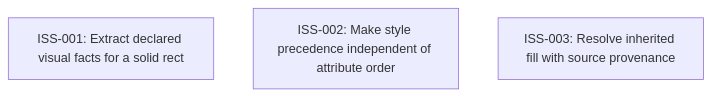
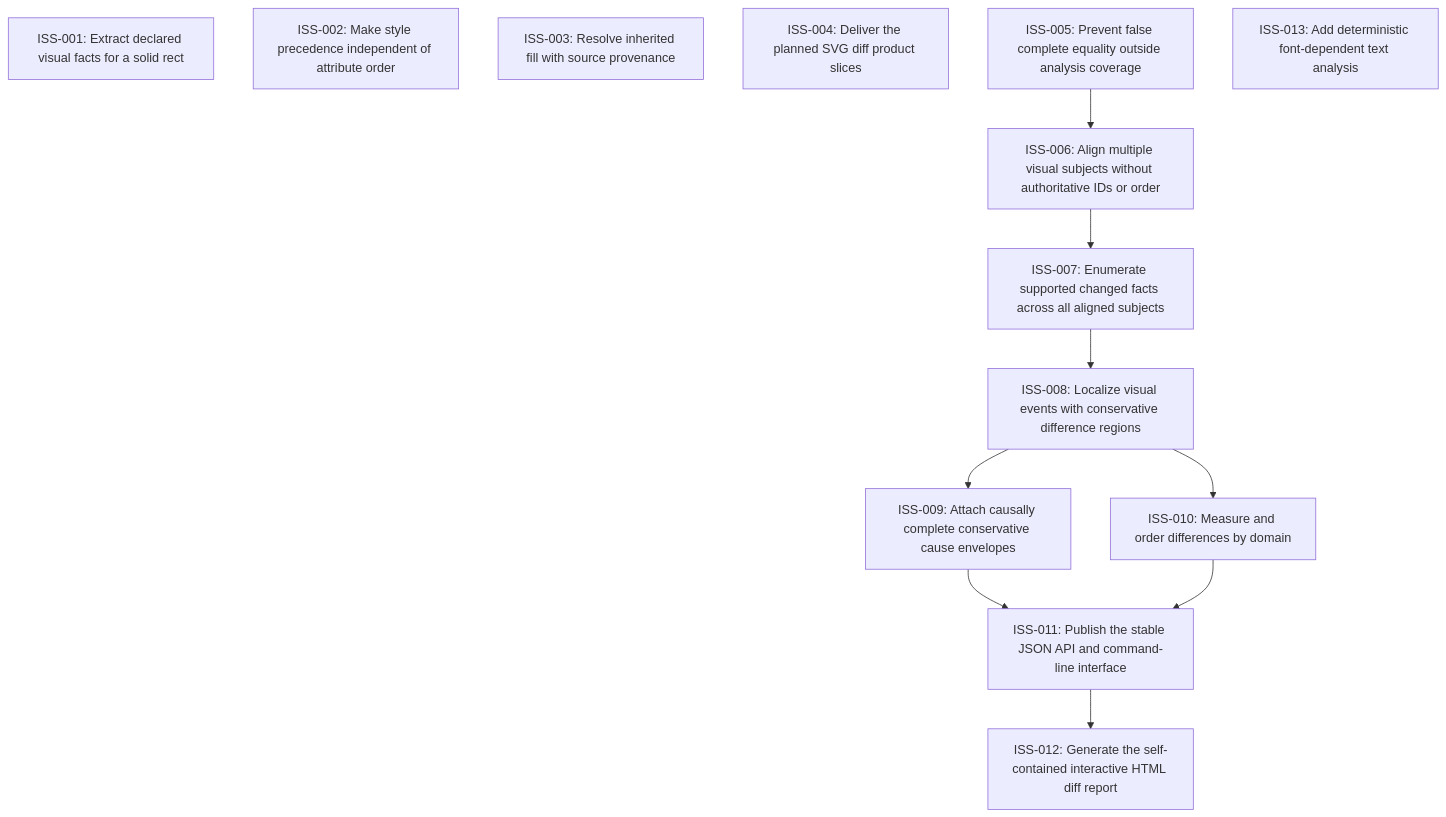
The diagram in issues/README.md (moonbit-community/svgdiff), drawn with Mermaid before and after one commit. The commit also changed other lines of this file and 10 other files, not shown here.

Commit message:
Track core SVG diff implementation roadmap

````diff
--- a/issues/README.md
+++ b/issues/README.md
@@ -17,6 +29,24 @@
 ```mermaid
 graph TD
   ISS_001["ISS-001: Extract declared visual facts for a solid rect"]
   ISS_002["ISS-002: Make style precedence independent of attribute order"]
   ISS_003["ISS-003: Resolve inherited fill with source provenance"]
+  ISS_004["ISS-004: Deliver the planned SVG diff product slices"]
+  ISS_005["ISS-005: Prevent false complete equality outside analysis coverage"]
+  ISS_006["ISS-006: Align multiple visual subjects without authoritative IDs or order"]
+  ISS_007["ISS-007: Enumerate supported changed facts across all aligned subjects"]
+  ISS_008["ISS-008: Localize visual events with conservative difference regions"]
+  ISS_009["ISS-009: Attach causally complete conservative cause envelopes"]
+  ISS_010["ISS-010: Measure and order differences by domain"]
+  ISS_011["ISS-011: Publish the stable JSON API and command-line interface"]
+  ISS_012["ISS-012: Generate the self-contained interactive HTML diff report"]
+  ISS_013["ISS-013: Add deterministic font-dependent text analysis"]
+  ISS_005 --> ISS_006
+  ISS_006 --> ISS_007
+  ISS_007 --> ISS_008
+  ISS_008 --> ISS_009
+  ISS_008 --> ISS_010
+  ISS_009 --> ISS_011
+  ISS_010 --> ISS_011
+  ISS_011 --> ISS_012
 ```
````
